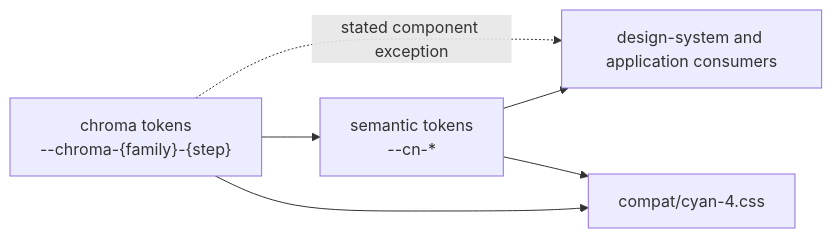
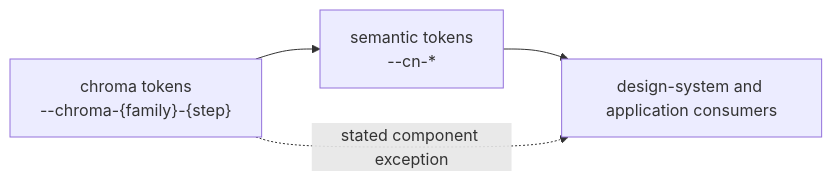
Before and after one commit to villetakanen/pelilauta-social: the diagram in specs/design-system/design-tokens/spec.md, drawn with Mermaid. The commit also changed other lines of this file and 26 other files, not shown here.

````diff
--- a/specs/design-system/design-tokens/spec.md
+++ b/specs/design-system/design-tokens/spec.md
@@ -28,13 +28,10 @@
 ```mermaid
 flowchart LR
   Chroma["chroma tokens<br/>--chroma-{family}-{step}"]
   Semantic["semantic tokens<br/>--cn-*"]
   Consumers["design-system and application consumers"]
-  Compat["compat/cyan-4.css"]
 
   Chroma --> Semantic
   Semantic --> Consumers
   Chroma -. stated component exception .-> Consumers
-  Chroma --> Compat
-  Semantic --> Compat
 ```
````
